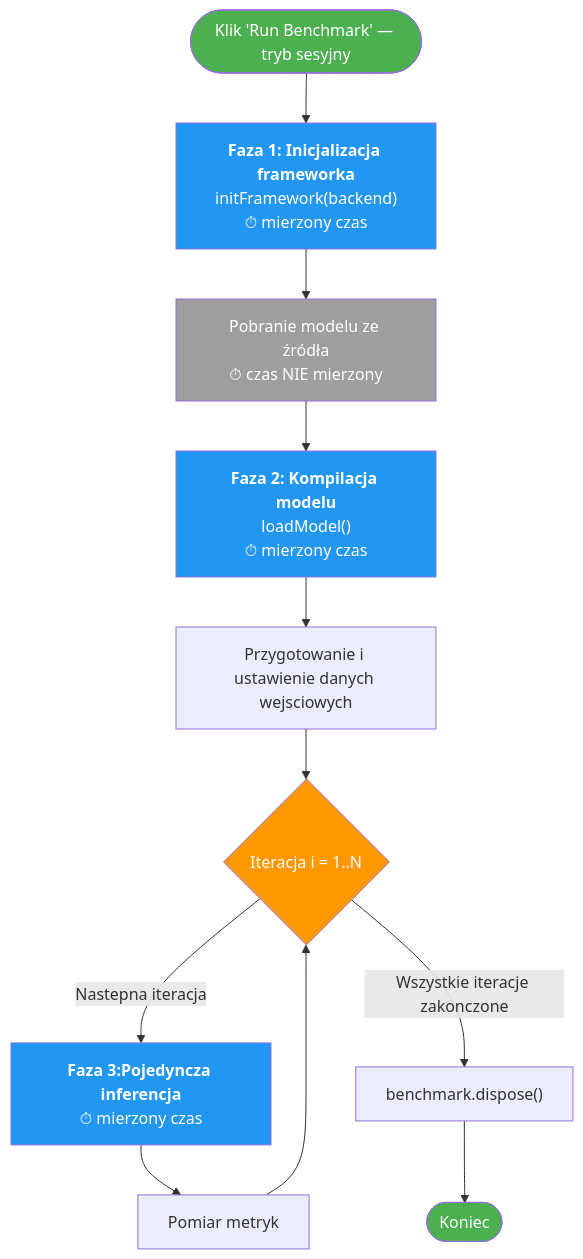
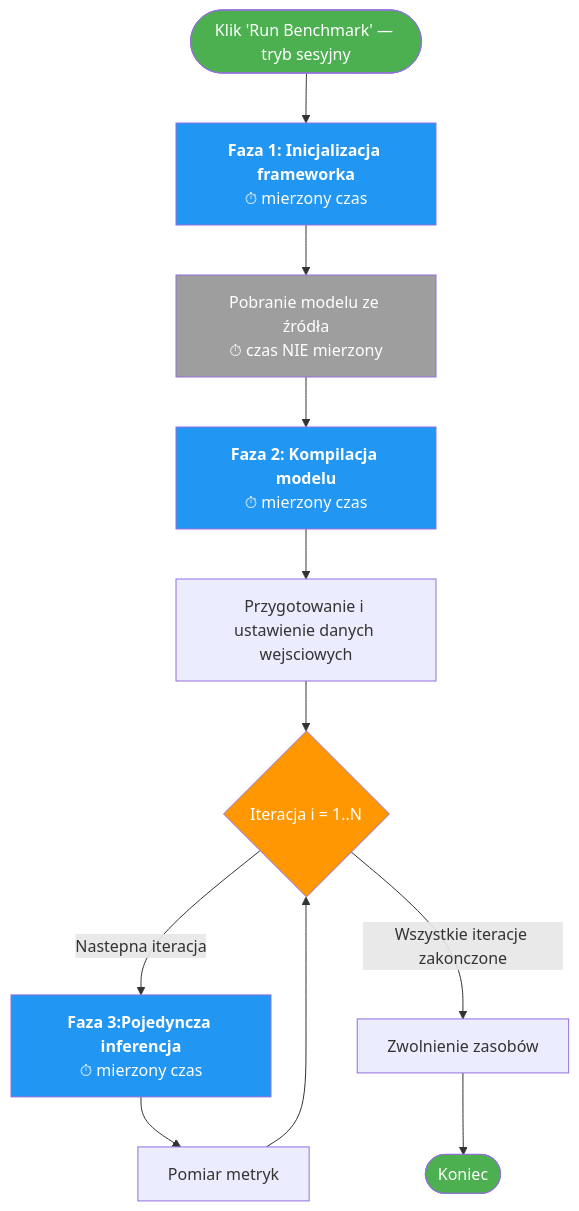
The third of 4 diagrams in docs/benchmark-flow.md (amalolepszy/local-models-benchmark), drawn with Mermaid before and after one commit. The commit also changed other lines of this file and 2 other files, not shown here.

Commit message:
Update mermaid diagrams, minor change to profiler

````diff
--- a/docs/benchmark-flow.md
+++ b/docs/benchmark-flow.md
@@ -113,24 +112,24 @@
 ```mermaid
 flowchart TD
-    Start([Klik 'Run Benchmark' — tryb sesyjny]) --> A_Init["<b>Faza 1: Inicjalizacja frameworka</b><br/>initFramework(backend)<br/>⏱ mierzony czas"]
+    Start([Klik 'Run Benchmark' — tryb sesyjny]) --> A_Init["<b>Faza 1: Inicjalizacja frameworka</b><br/>⏱ mierzony czas"]
     A_Init --> A_Prefetch["Pobranie modelu ze źródła<br/>⏱ czas NIE mierzony"]
-    A_Prefetch --> A_Load["<b>Faza 2: Kompilacja modelu</b><br/>loadModel()<br/>⏱ mierzony czas"]
+    A_Prefetch --> A_Load["<b>Faza 2: Kompilacja modelu</b><br/>⏱ mierzony czas"]
     A_Load --> A_Input["Przygotowanie i ustawienie danych wejsciowych"]
     A_Input --> S_Loop{"Iteracja i = 1..N"}
 
     S_Loop -->|Nastepna iteracja| S_Infer["<b>Faza 3:Pojedyncza inferencja</b><br/>⏱ mierzony czas"]
     S_Infer --> S_Mem["Pomiar metryk"]
     S_Mem --> S_Loop
 
-    S_Loop -->|Wszystkie iteracje zakonczone| S_Dispose["benchmark.dispose()"]
+    S_Loop -->|Wszystkie iteracje zakonczone| S_Dispose["Zwolnienie zasobów"]
     S_Dispose --> S_End([Koniec])
 
     style Start fill:#4CAF50,color:#fff
     style S_End fill:#4CAF50,color:#fff
     style S_Loop fill:#FF9800,color:#fff
     style S_Infer fill:#2196F3,color:#fff
     style Start fill:#4CAF50,color:#fff
     style A_Init fill:#2196F3,color:#fff
     style A_Load fill:#2196F3,color:#fff
     style A_Prefetch fill:#9E9E9E,color:#fff
 ```
````
